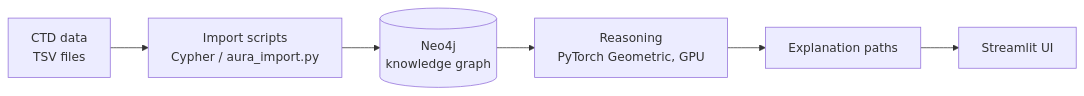
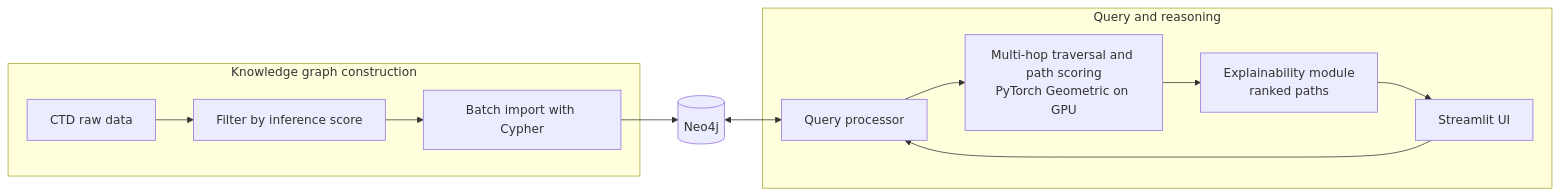
Before and after one commit to olive-s-11/clinical-graph-cds: the diagram in README.md, drawn with Mermaid. The commit also changed other lines of this file, not shown here.

````diff
--- a/README.md
+++ b/README.md
@@ -21,8 +21,15 @@
 ```mermaid
 flowchart LR
-    A[CTD data<br/>TSV files] --> B[Import scripts<br/>Cypher / aura_import.py]
-    B --> C[(Neo4j<br/>knowledge graph)]
-    C --> D[Reasoning<br/>PyTorch Geometric, GPU]
-    D --> E[Explanation paths]
-    E --> F[Streamlit UI]
+  subgraph Build["Knowledge graph construction"]
+    A[CTD raw data] --> B[Filter by inference score]
+    B --> C[Batch import with Cypher]
+  end
+  C --> D[(Neo4j)]
+  subgraph Serve["Query and reasoning"]
+    E[Streamlit UI] --> F[Query processor]
+    F --> G[Multi-hop traversal and path scoring<br/>PyTorch Geometric on GPU]
+    G --> H[Explainability module<br/>ranked paths]
+    H --> E
+  end
+  D <--> F
 ```
````
